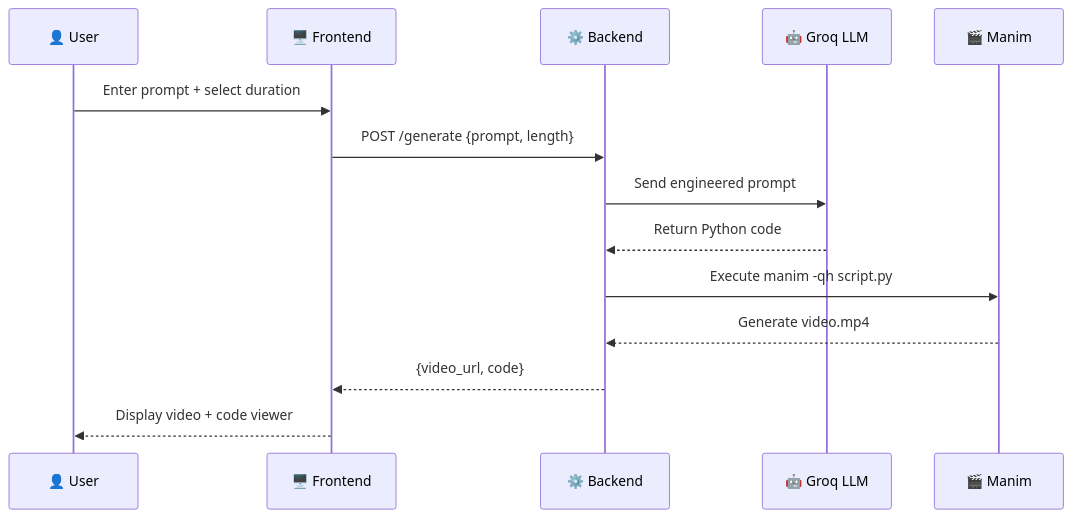
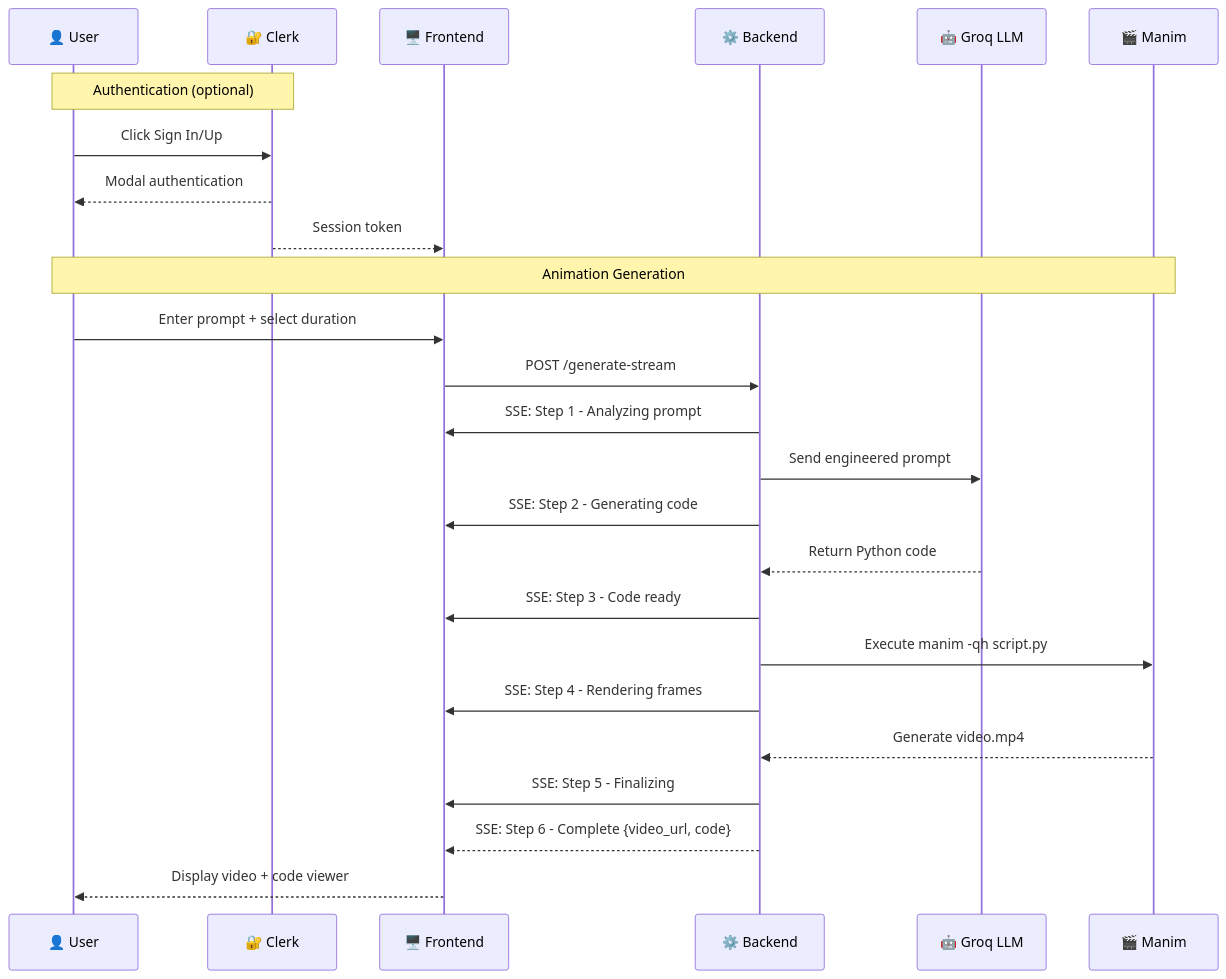
Before and after one commit to Aafimalek/prompt_to_animate: the second of 3 diagrams in README.md, drawn with Mermaid. The commit also changed other lines of this file and 5 other files, not shown here.

````diff
--- a/README.md
+++ b/README.md
@@ -80,17 +107,32 @@
 ```mermaid
 sequenceDiagram
     participant U as 👤 User
+    participant C as 🔐 Clerk
     participant F as 🖥️ Frontend
     participant B as ⚙️ Backend
     participant G as 🤖 Groq LLM
     participant M as 🎬 Manim
 
+    Note over U,C: Authentication (optional)
+    U->>C: Click Sign In/Up
+    C-->>U: Modal authentication
+    C-->>F: Session token
+
+    Note over U,M: Animation Generation
     U->>F: Enter prompt + select duration
-    F->>B: POST /generate {prompt, length}
+    F->>B: POST /generate-stream
+    
+    B->>F: SSE: Step 1 - Analyzing prompt
     B->>G: Send engineered prompt
+    B->>F: SSE: Step 2 - Generating code
     G-->>B: Return Python code
+    B->>F: SSE: Step 3 - Code ready
+    
     B->>M: Execute manim -qh script.py
+    B->>F: SSE: Step 4 - Rendering frames
     M-->>B: Generate video.mp4
-    B-->>F: {video_url, code}
+    B->>F: SSE: Step 5 - Finalizing
+    
+    B-->>F: SSE: Step 6 - Complete {video_url, code}
     F-->>U: Display video + code viewer
 ```
````
